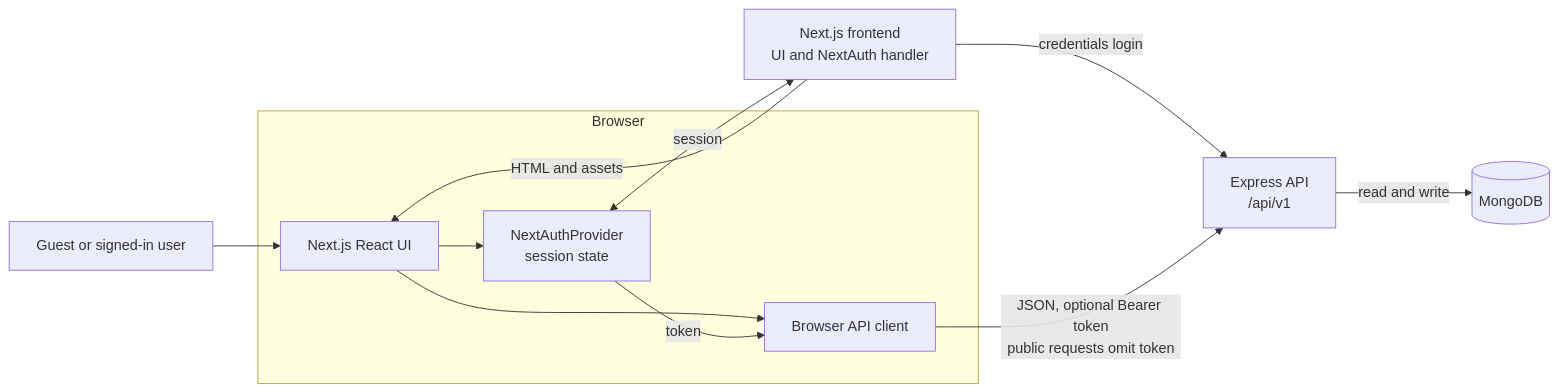
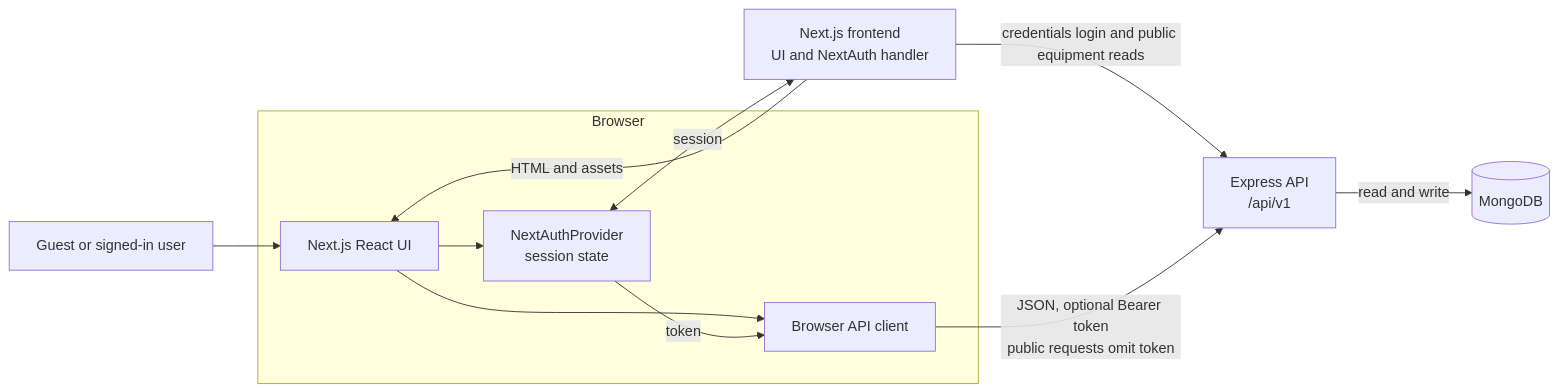
The diagram in docs/SYSTEM-DESIGN.md (Azther0z/frontend-project), drawn with Mermaid before and after one commit. The commit also changed other lines of this file and 11 other files, not shown here.

````diff
--- a/docs/SYSTEM-DESIGN.md
+++ b/docs/SYSTEM-DESIGN.md
@@ -9,21 +9,21 @@
 ```mermaid
 flowchart LR
     Visitor[Guest or signed-in user]
     subgraph Web[Browser]
         UI[Next.js React UI]
         Auth[NextAuthProvider\nsession state]
         Client[Browser API client]
         UI --> Auth
     end
     Next[Next.js frontend\nUI and NextAuth handler]
     Express[Express API\n/api/v1]
     DB[(MongoDB)]
     Visitor --> UI
     Next -->|HTML and assets| UI
     Auth <-->|session| Next
-    Next -->|credentials login| Express
+    Next -->|credentials login and public equipment reads| Express
     UI --> Client
     Auth -->|token| Client
     Client -->|JSON, optional Bearer token\npublic requests omit token| Express
     Express -->|read and write| DB
 ```
````
